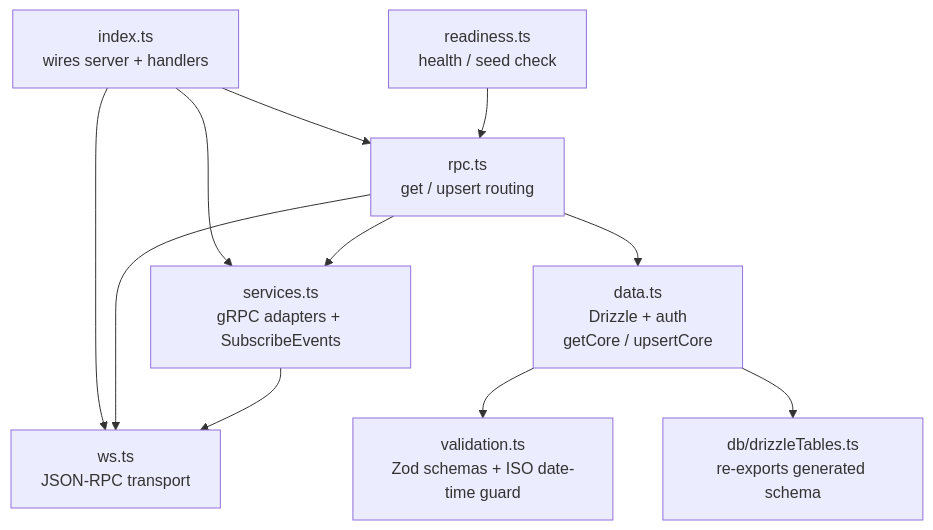
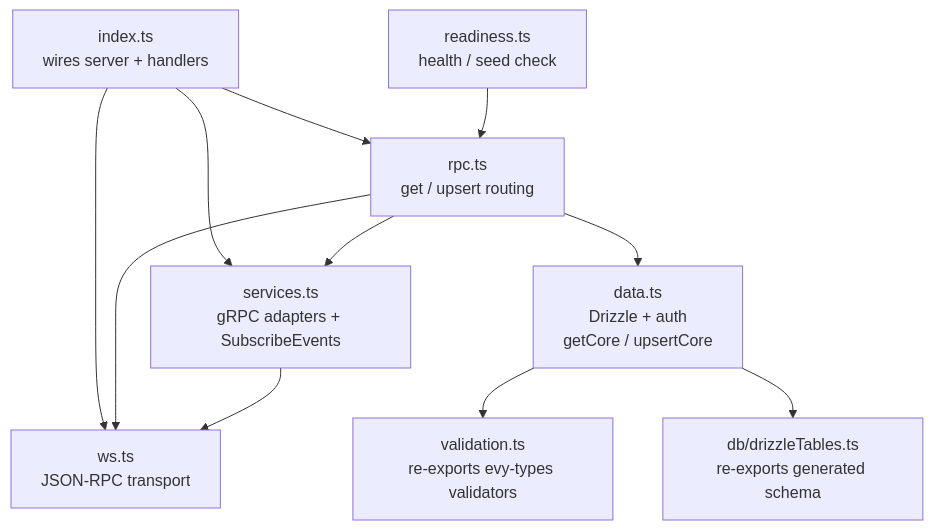
One commit to EVY-Platform/evy changed the second of 2 diagrams in api/README.md. Above: the diagram before and after it, drawn with Mermaid. The commit also changed other lines of this file and 11 other files, not shown here.

````diff
--- a/api/README.md
+++ b/api/README.md
@@ -94,22 +67,22 @@
 ```mermaid
 flowchart TD
     index[index.ts<br/>wires server + handlers]
     ws[ws.ts<br/>JSON-RPC transport]
     rpc[rpc.ts<br/>get / upsert routing]
     data[data.ts<br/>Drizzle + auth<br/>getCore / upsertCore]
     services[services.ts<br/>gRPC adapters + SubscribeEvents]
-    validation[validation.ts<br/>Zod schemas + ISO date-time guard]
+    validation[validation.ts<br/>re-exports evy-types validators]
     readiness[readiness.ts<br/>health / seed check]
     drizzleTables[db/drizzleTables.ts<br/>re-exports generated schema]
 
     index --> ws
     index --> rpc
     index --> services
     rpc --> data
     rpc --> services
     rpc --> ws
     data --> validation
     data --> drizzleTables
     services --> ws
     readiness --> rpc
 ```
````
